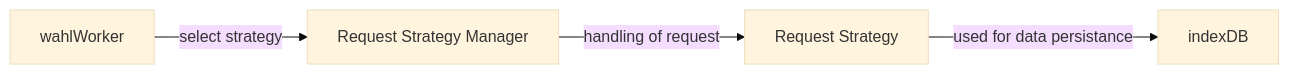
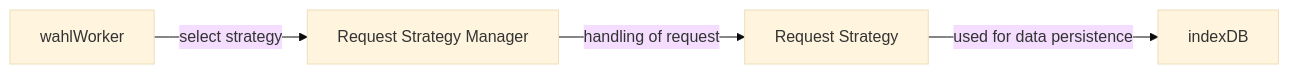
The sixth of 6 diagrams in docs/src/technik/systemspecification/frontend/offlinefaehigkeit-konzept.md (it-at-m/Wahllokalsystem), drawn with Mermaid (base theme) before and after one commit. The commit also changed other lines of this file and 1 other file, not shown here.

````diff
--- a/docs/src/technik/systemspecification/frontend/offlinefaehigkeit-konzept.md
+++ b/docs/src/technik/systemspecification/frontend/offlinefaehigkeit-konzept.md
@@ -363,5 +366,5 @@
 ```mermaid
 flowchart LR
 
-    wahlWorker -->|select strategy| requestStrategyManager[Request Strategy Manager] -->|handling of request| requestStrategy[Request Strategy] -->|used for data persistance| indexDB
+    wahlWorker -->|select strategy| requestStrategyManager[Request Strategy Manager] -->|handling of request| requestStrategy[Request Strategy] -->|used for data persistence| indexDB
 ```
````
